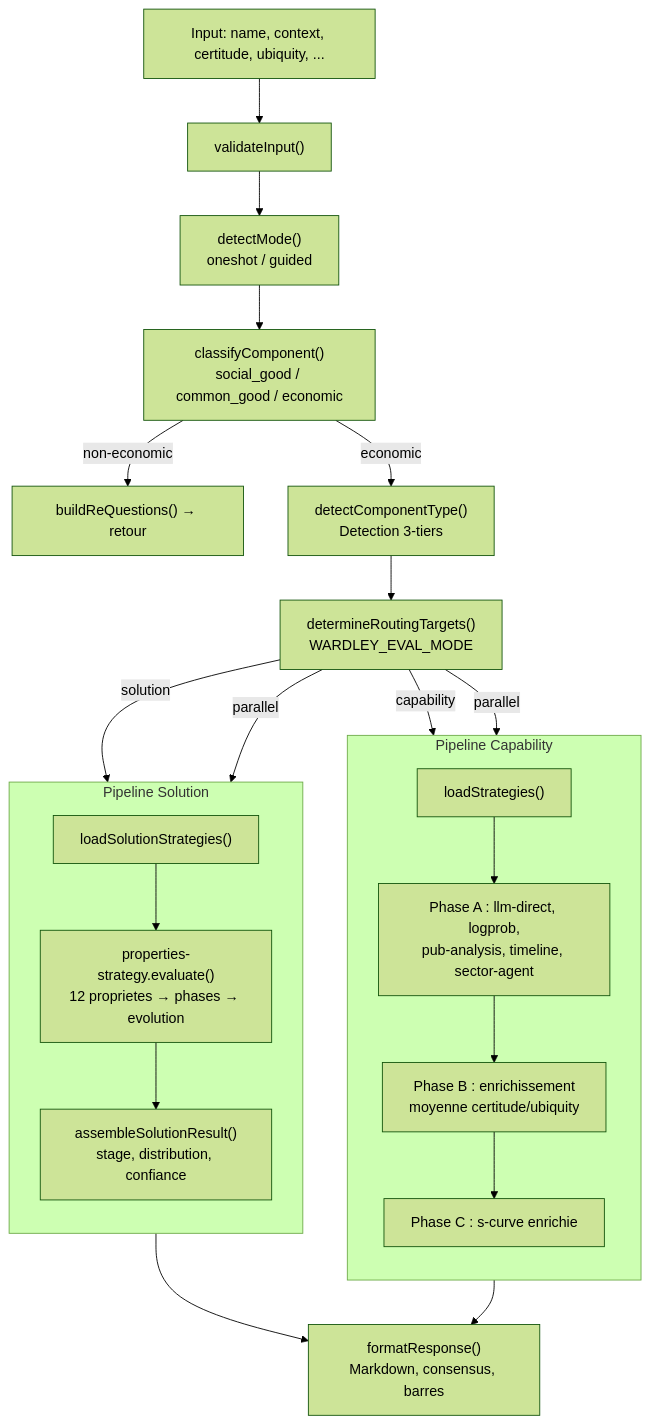
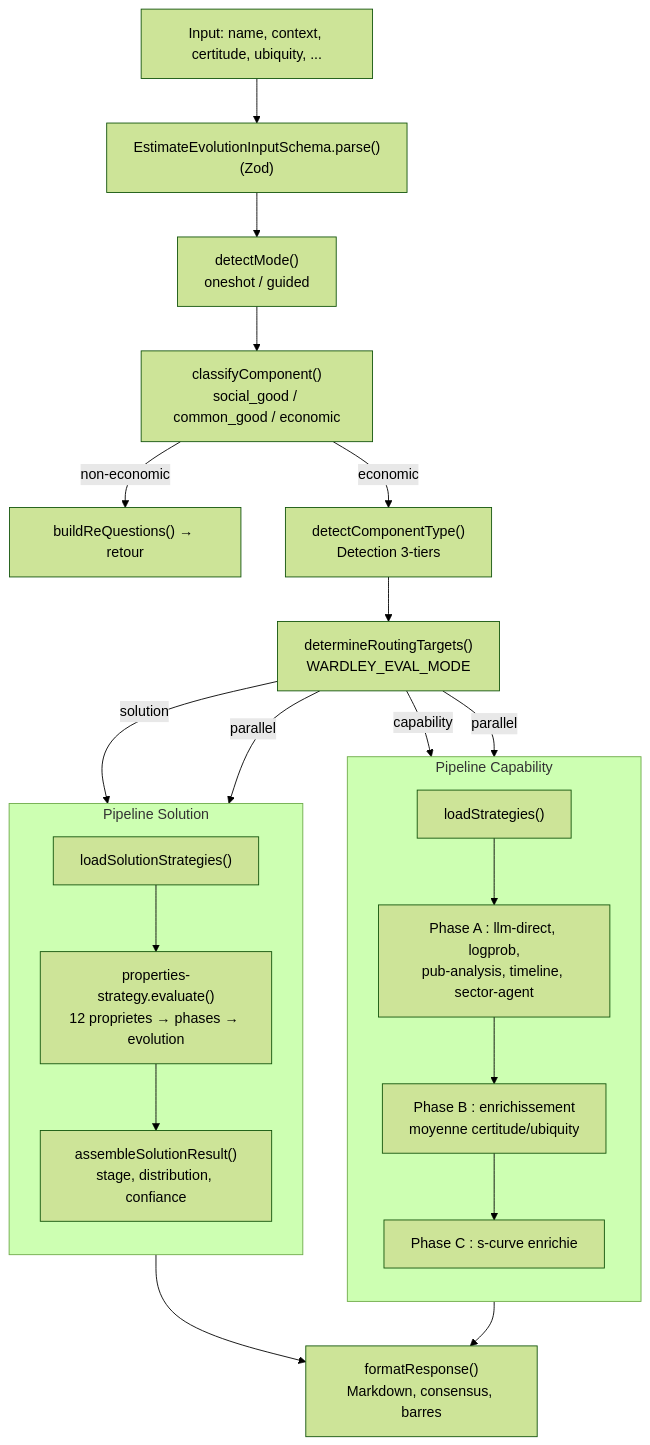
One commit to formicoidea/labre-mcp changed the third of 6 diagrams in docs/architecture.md. Above: the diagram before and after it, drawn with Mermaid (forest theme). The commit also changed other lines of this file and 11 other files, not shown here.

````diff
--- a/docs/architecture.md
+++ b/docs/architecture.md
@@ -142,32 +172,32 @@
 ```mermaid
 flowchart TD
     Input["Input: name, context, certitude, ubiquity, ..."]
-    Input --> Validate["validateInput()"]
+    Input --> Validate["EstimateEvolutionInputSchema.parse()\n(Zod)"]
     Validate --> Mode["detectMode()\noneshot / guided"]
     Mode --> Classify["classifyComponent()\nsocial_good / common_good / economic"]
     Classify -->|"non-economic"| ReQ["buildReQuestions() → retour"]
     Classify -->|"economic"| Detect["detectComponentType()\nDetection 3-tiers"]
 
     Detect --> Targets["determineRoutingTargets()\nWARDLEY_EVAL_MODE"]
 
     Targets -->|"solution"| SolPipe["Pipeline Solution"]
     Targets -->|"capability"| CapPipe["Pipeline Capability"]
     Targets -->|"parallel"| SolPipe & CapPipe
 
     subgraph SolPipe["Pipeline Solution"]
         direction TB
         SLoad["loadSolutionStrategies()"]
         SLoad --> SProp["properties-strategy.evaluate()\n12 proprietes → phases → evolution"]
         SProp --> SAssemble["assembleSolutionResult()\nstage, distribution, confiance"]
     end
 
     subgraph CapPipe["Pipeline Capability"]
         direction TB
         CLoad["loadStrategies()"]
         CLoad --> PhaseA["Phase A : llm-direct, logprob,\npub-analysis, timeline, sector-agent"]
         PhaseA --> PhaseB["Phase B : enrichissement\nmoyenne certitude/ubiquity"]
         PhaseB --> PhaseC["Phase C : s-curve enrichie"]
     end
 
     SolPipe & CapPipe --> Format["formatResponse()\nMarkdown, consensus, barres"]
 ```
````
